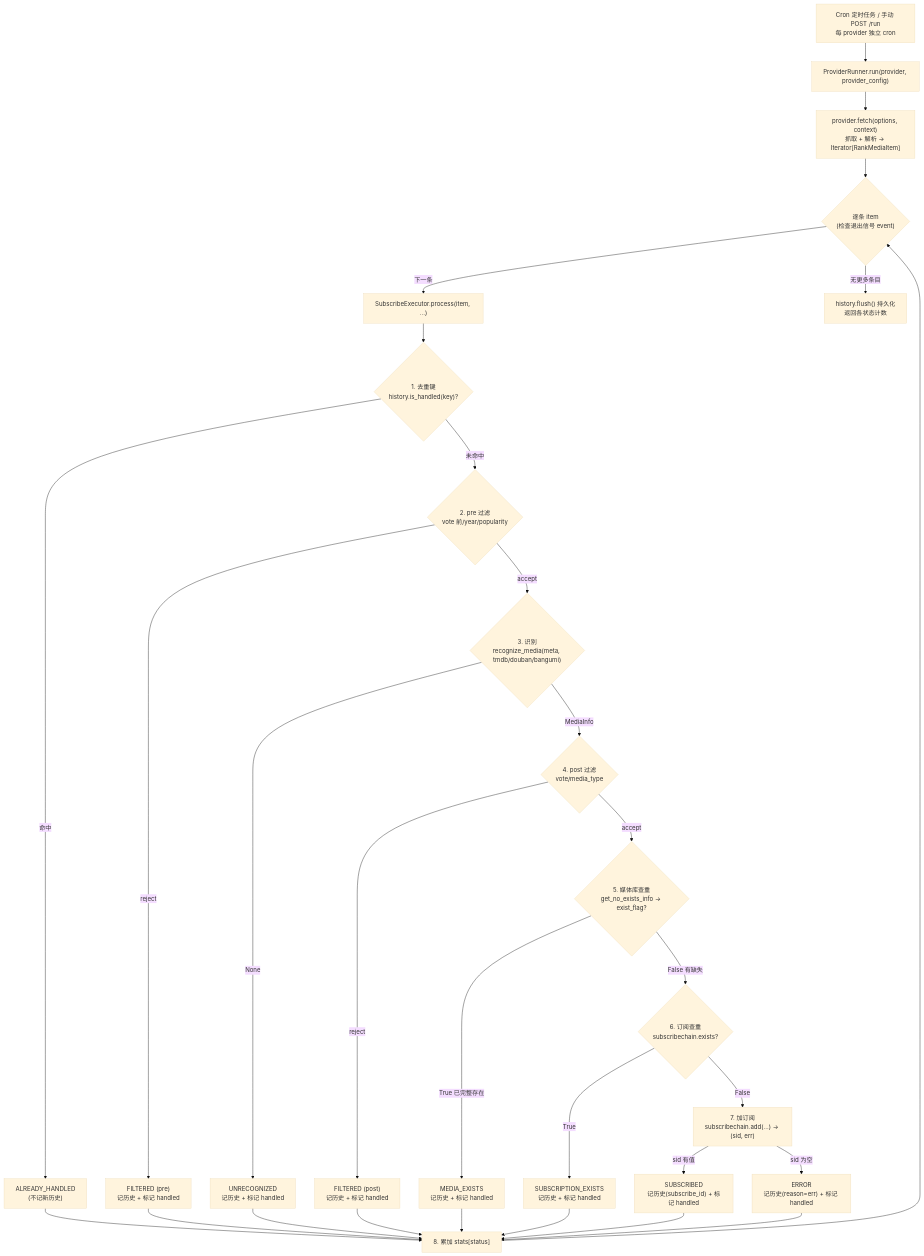
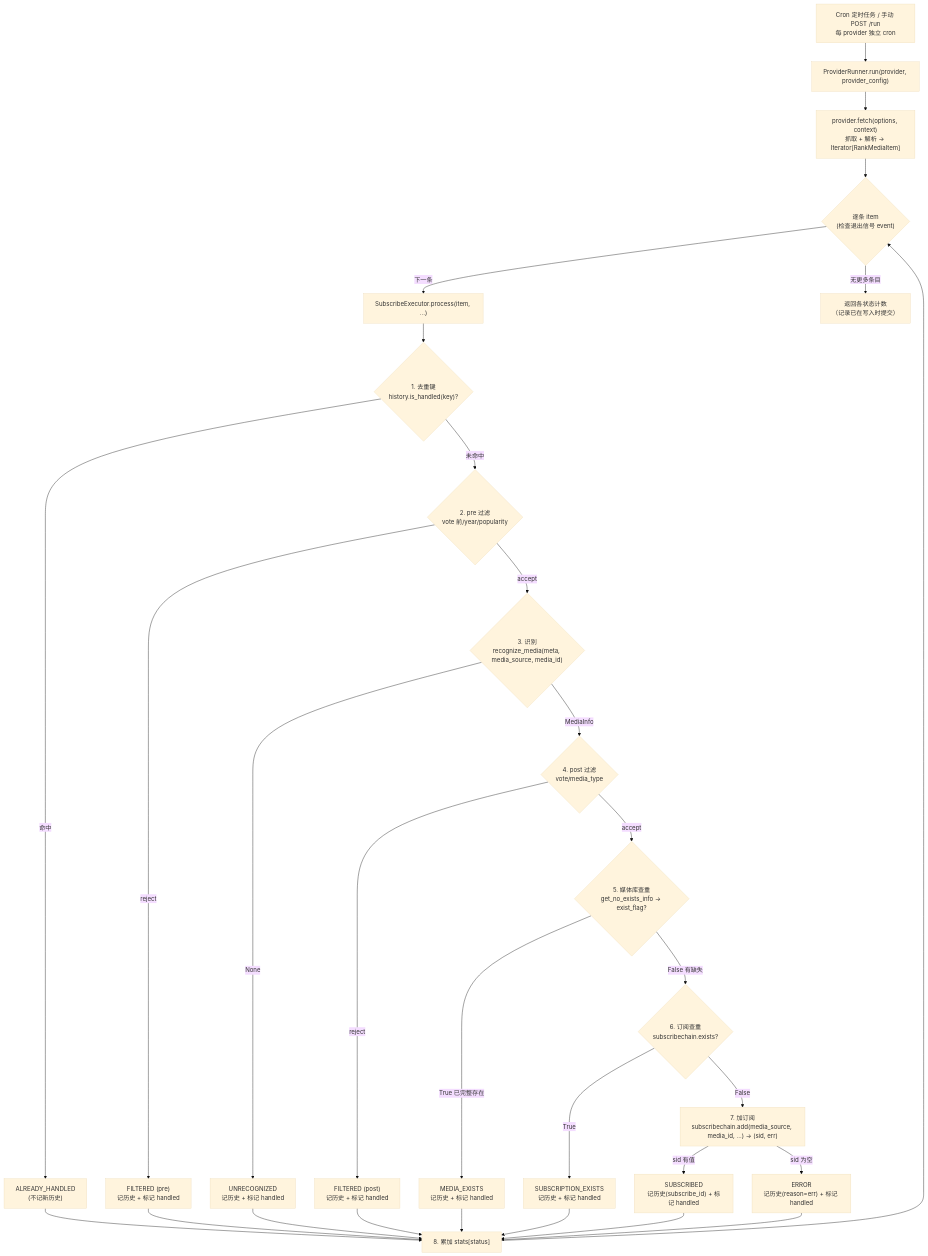
Before and after one commit to xheia/MoviePilot-Plugins: the first of 2 diagrams in plugins.v3/automaticsubscriptionassistant/docs/architecture.md, drawn with Mermaid (base theme). The commit also changed other lines of this file and 37 other files, not shown here.

````diff
--- a/plugins.v3/automaticsubscriptionassistant/docs/architecture.md
+++ b/plugins.v3/automaticsubscriptionassistant/docs/architecture.md
@@ -57,41 +40,41 @@
 ```mermaid
 flowchart TD
     Trigger["Cron 定时任务 / 手动 POST /run<br/>每 provider 独立 cron"] --> Runner["ProviderRunner.run(provider, provider_config)"]
     Runner --> Fetch["provider.fetch(options, context)<br/>抓取 + 解析 -> Iterator[RankMediaItem]"]
     Fetch --> Loop{"逐条 item<br/>(检查退出信号 event)"}
     Loop -->|下一条| Process["SubscribeExecutor.process(item, ...)"]
 
     Process --> Dedup{"1. 去重键<br/>history.is_handled(key)?"}
     Dedup -->|命中| SAH["ALREADY_HANDLED<br/>(不记新历史)"]
     Dedup -->|未命中| Pre{"2. pre 过滤<br/>vote 前/year/popularity"}
 
     Pre -->|reject| FPre["FILTERED (pre)<br/>记历史 + 标记 handled"]
-    Pre -->|accept| Reco{"3. 识别<br/>recognize_media(meta, tmdb/douban/bangumi)"}
+    Pre -->|accept| Reco{"3. 识别<br/>recognize_media(meta, media_source, media_id)"}
 
     Reco -->|None| UR["UNRECOGNIZED<br/>记历史 + 标记 handled"]
     Reco -->|MediaInfo| Post{"4. post 过滤<br/>vote/media_type"}
 
     Post -->|reject| FPost["FILTERED (post)<br/>记历史 + 标记 handled"]
     Post -->|accept| Lib{"5. 媒体库查重<br/>get_no_exists_info -> exist_flag?"}
 
     Lib -->|True 已完整存在| ME["MEDIA_EXISTS<br/>记历史 + 标记 handled"]
     Lib -->|False 有缺失| Sub{"6. 订阅查重<br/>subscribechain.exists?"}
 
     Sub -->|True| SE["SUBSCRIPTION_EXISTS<br/>记历史 + 标记 handled"]
-    Sub -->|False| Add["7. 加订阅<br/>subscribechain.add(...) -> (sid, err)"]
+    Sub -->|False| Add["7. 加订阅<br/>subscribechain.add(media_source, media_id, ...) -> (sid, err)"]
 
     Add -->|sid 有值| OK["SUBSCRIBED<br/>记历史(subscribe_id) + 标记 handled"]
     Add -->|sid 为空| ERR["ERROR<br/>记历史(reason=err) + 标记 handled"]
 
     SAH --> Stats["8. 累加 stats[status]"]
     FPre --> Stats
     UR --> Stats
     FPost --> Stats
     ME --> Stats
     SE --> Stats
     OK --> Stats
     ERR --> Stats
 
     Stats --> Loop
-    Loop -->|无更多条目| Flush["history.flush() 持久化<br/>返回各状态计数"]
+    Loop -->|无更多条目| Flush["返回各状态计数<br/>（记录已在写入时提交）"]
 ```
````
